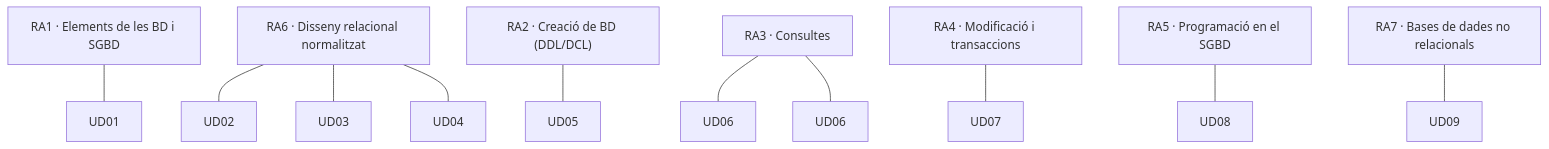
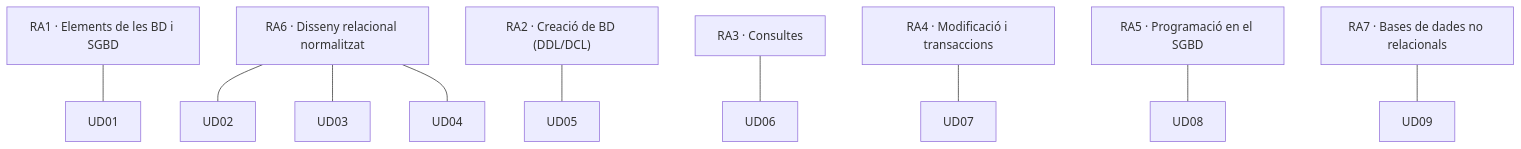
Before and after one commit to LorenaLResusta/BBDD: the diagram in content.val/guia/ra-ce.md, drawn with Mermaid. The commit also changed other lines of this file and 7 other files, not shown here.

````diff
--- a/content.val/guia/ra-ce.md
+++ b/content.val/guia/ra-ce.md
@@ -15,10 +15,10 @@
 ```mermaid
 flowchart TB
     RA1["RA1 · Elements de les BD i SGBD"] --- U1[UD01]
     RA6["RA6 · Disseny relacional normalitzat"] --- U2[UD02] & U3[UD03] & U4[UD04]
     RA2["RA2 · Creació de BD (DDL/DCL)"] --- U5[UD05]
-    RA3["RA3 · Consultes"] --- U6[UD06] & U7[UD06]
-    RA4["RA4 · Modificació i transaccions"] --- U8[UD07]
-    RA5["RA5 · Programació en el SGBD"] --- U9[UD08]
-    RA7["RA7 · Bases de dades no relacionals"] --- U10[UD09]
+    RA3["RA3 · Consultes"] --- U6[UD06]
+    RA4["RA4 · Modificació i transaccions"] --- U7[UD07]
+    RA5["RA5 · Programació en el SGBD"] --- U8[UD08]
+    RA7["RA7 · Bases de dades no relacionals"] --- U9[UD09]
 ```
````
